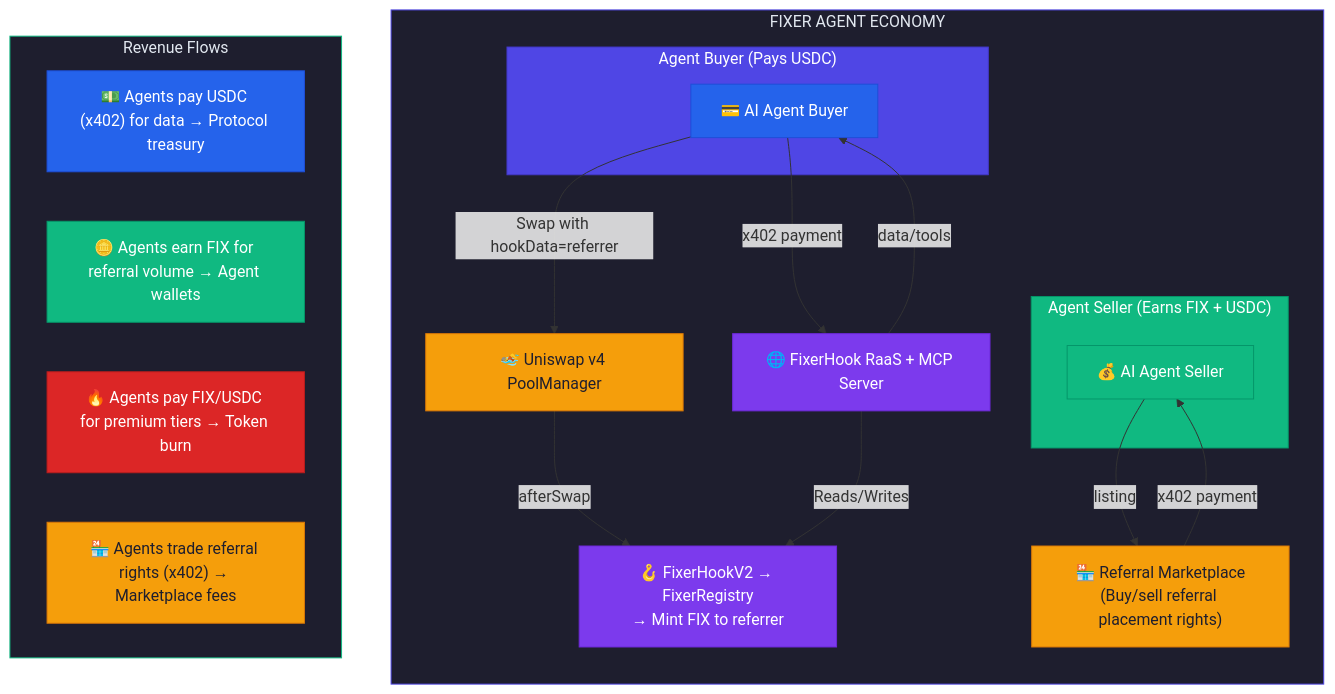
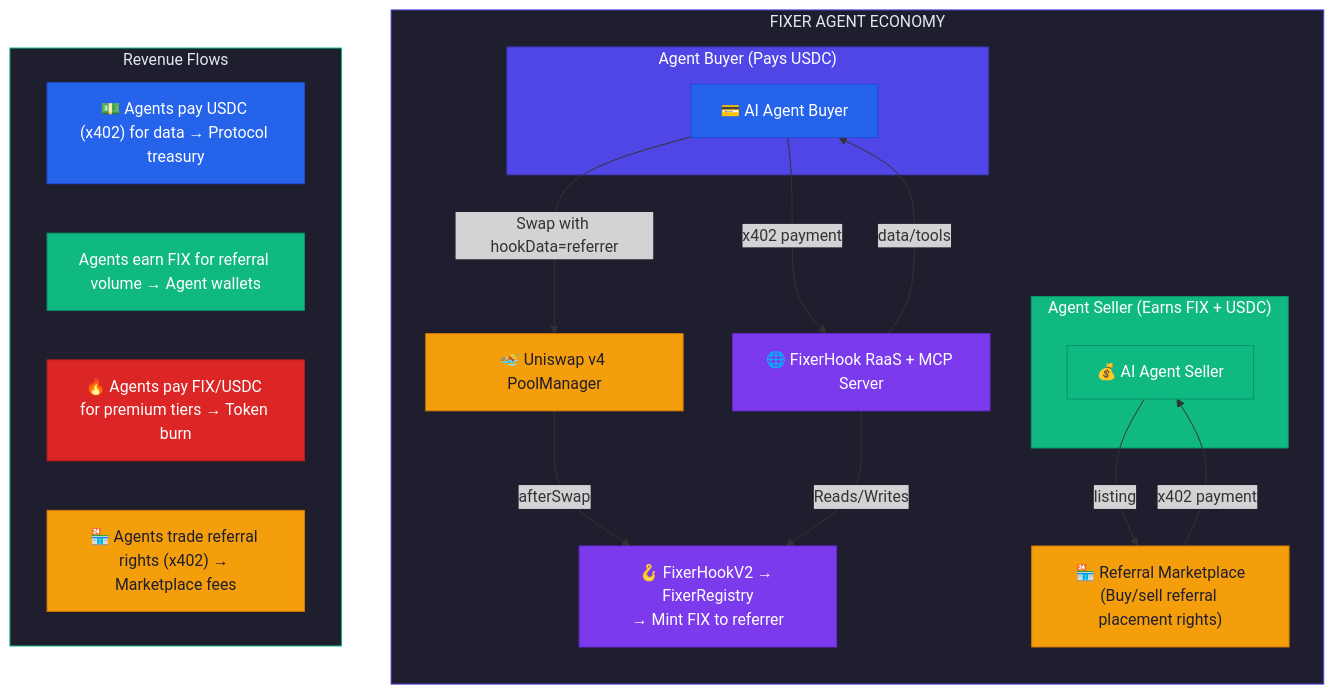
Before and after one commit to guglxni/the-fixer-hook: the third of 3 diagrams in docs/X402_ENHANCEMENT_ANALYSIS.md, drawn with Mermaid. The commit also changed other lines of this file and 15 other files, not shown here.

````diff
--- a/docs/X402_ENHANCEMENT_ANALYSIS.md
+++ b/docs/X402_ENHANCEMENT_ANALYSIS.md
@@ -449,45 +449,45 @@
 ```mermaid
 flowchart TD
     subgraph economy["FIXER AGENT ECONOMY"]
         direction TB
         subgraph buyer["Agent Buyer (Pays USDC)"]
             AB["💳 AI Agent Buyer"]
         end
         subgraph seller["Agent Seller (Earns FIX + USDC)"]
             AS["💰 AI Agent Seller"]
         end
 
         AB -->|"x402 payment"| RaaS["🌐 FixerHook RaaS + MCP Server"]
         RaaS -->|"data/tools"| AB
 
         AB -->|"Swap with hookData=referrer"| PM["🏊 Uniswap v4 PoolManager"]
         PM -->|"afterSwap"| Hook["🪝 FixerHookV2 → FixerRegistry\n→ Mint FIX to referrer"]
         RaaS -->|"Reads/Writes"| Hook
 
         AS -->|"listing"| Market["🏪 Referral Marketplace\n(Buy/sell referral placement rights)"]
         Market -->|"x402 payment"| AS
     end
 
     subgraph revenue["Revenue Flows"]
         direction LR
         Rev1["💵 Agents pay USDC (x402) for data → Protocol treasury"]
-        Rev2["🪙 Agents earn FIX for referral volume → Agent wallets"]
+        Rev2["Agents earn FIX for referral volume → Agent wallets"]
         Rev3["🔥 Agents pay FIX/USDC for premium tiers → Token burn"]
         Rev4["🏪 Agents trade referral rights (x402) → Marketplace fees"]
     end
 
     style economy fill:#1E1E2E,color:#E2E8F0,stroke:#4F46E5
     style buyer fill:#4F46E5,color:#FFFFFF,stroke:#4338CA
     style seller fill:#10B981,color:#FFFFFF,stroke:#059669
     style AB fill:#2563EB,color:#FFFFFF,stroke:#1D4ED8
     style AS fill:#10B981,color:#FFFFFF,stroke:#059669
     style RaaS fill:#7C3AED,color:#FFFFFF,stroke:#6D28D9
     style PM fill:#F59E0B,color:#1E1E2E,stroke:#D97706
     style Hook fill:#7C3AED,color:#FFFFFF,stroke:#6D28D9
     style Market fill:#F59E0B,color:#1E1E2E,stroke:#D97706
     style revenue fill:#1E1E2E,color:#E2E8F0,stroke:#10B981
     style Rev1 fill:#2563EB,color:#FFFFFF,stroke:#1D4ED8
     style Rev2 fill:#10B981,color:#FFFFFF,stroke:#059669
     style Rev3 fill:#DC2626,color:#FFFFFF,stroke:#B91C1C
     style Rev4 fill:#F59E0B,color:#1E1E2E,stroke:#D97706
 ```
````
